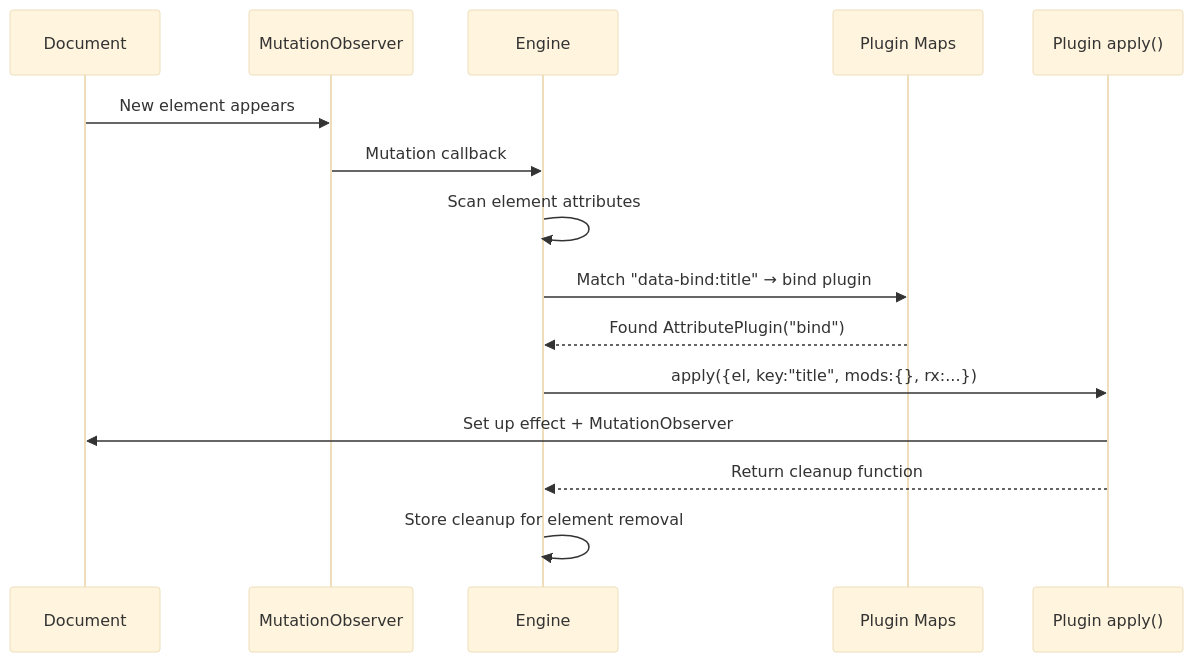
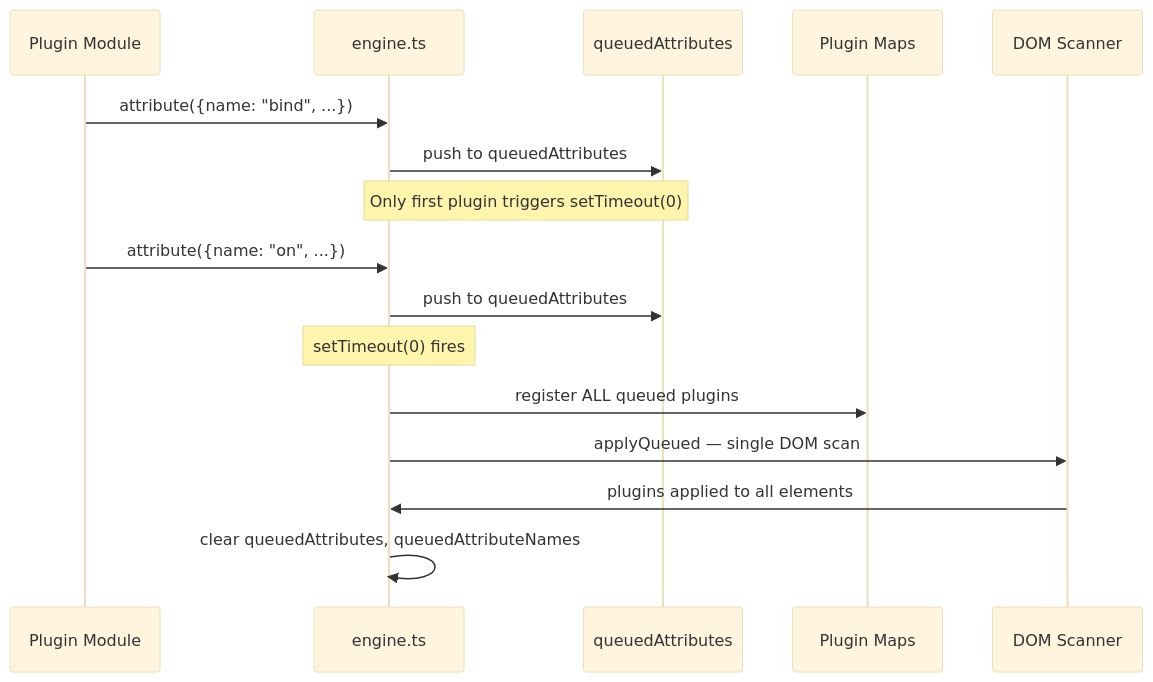
The first of 2 diagrams in src.datastar/datastar/markdown/04-plugin-system.md (ewe-studios/explorations), drawn with Mermaid (base theme) before and after one commit. The commit also changed other lines of this file and 43 other files, not shown here.

````diff
--- a/src.datastar/datastar/markdown/04-plugin-system.md
+++ b/src.datastar/datastar/markdown/04-plugin-system.md
@@ -107,18 +546,20 @@
 ```mermaid
 sequenceDiagram
-    participant DOM as Document
-    participant OBS as MutationObserver
-    participant ENG as Engine
+    participant MODULE as Plugin Module
+    participant ENGINE as engine.ts
+    participant QUEUE as queuedAttributes
     participant MAPS as Plugin Maps
-    participant PLUGIN as Plugin apply()
+    participant DOM as DOM Scanner
 
-    DOM->>OBS: New element appears
-    OBS->>ENG: Mutation callback
-    ENG->>ENG: Scan element attributes
-    ENG->>MAPS: Match "data-bind:title" → bind plugin
-    MAPS-->>ENG: Found AttributePlugin("bind")
-    ENG->>PLUGIN: apply({el, key:"title", mods:{}, rx:...})
-    PLUGIN->>DOM: Set up effect + MutationObserver
-    PLUGIN-->>ENG: Return cleanup function
-    ENG->>ENG: Store cleanup for element removal
+    MODULE->>ENGINE: attribute({name: "bind", ...})
+    ENGINE->>QUEUE: push to queuedAttributes
+    Note over ENGINE,QUEUE: Only first plugin triggers setTimeout(0)
+    MODULE->>ENGINE: attribute({name: "on", ...})
+    ENGINE->>QUEUE: push to queuedAttributes
+
+    Note over ENGINE: setTimeout(0) fires
+    ENGINE->>MAPS: register ALL queued plugins
+    ENGINE->>DOM: applyQueued — single DOM scan
+    DOM->>ENGINE: plugins applied to all elements
+    ENGINE->>ENGINE: clear queuedAttributes, queuedAttributeNames
 ```
````
